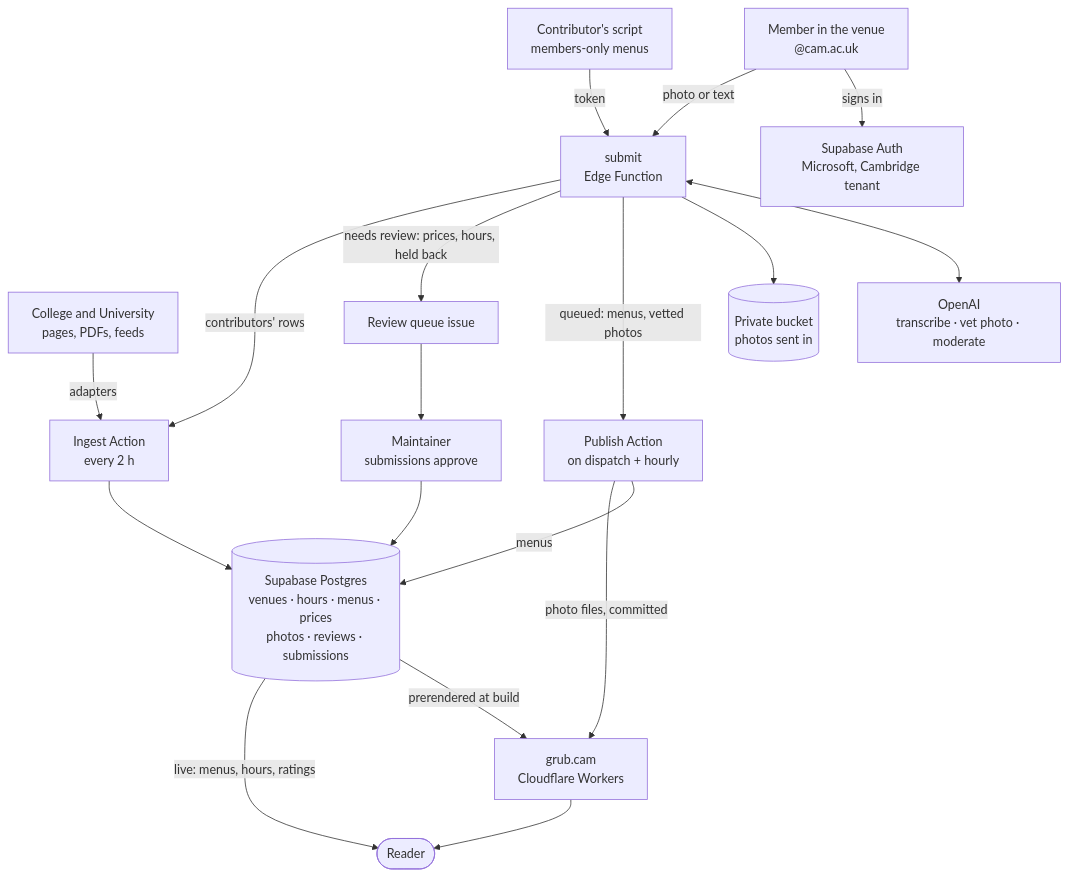
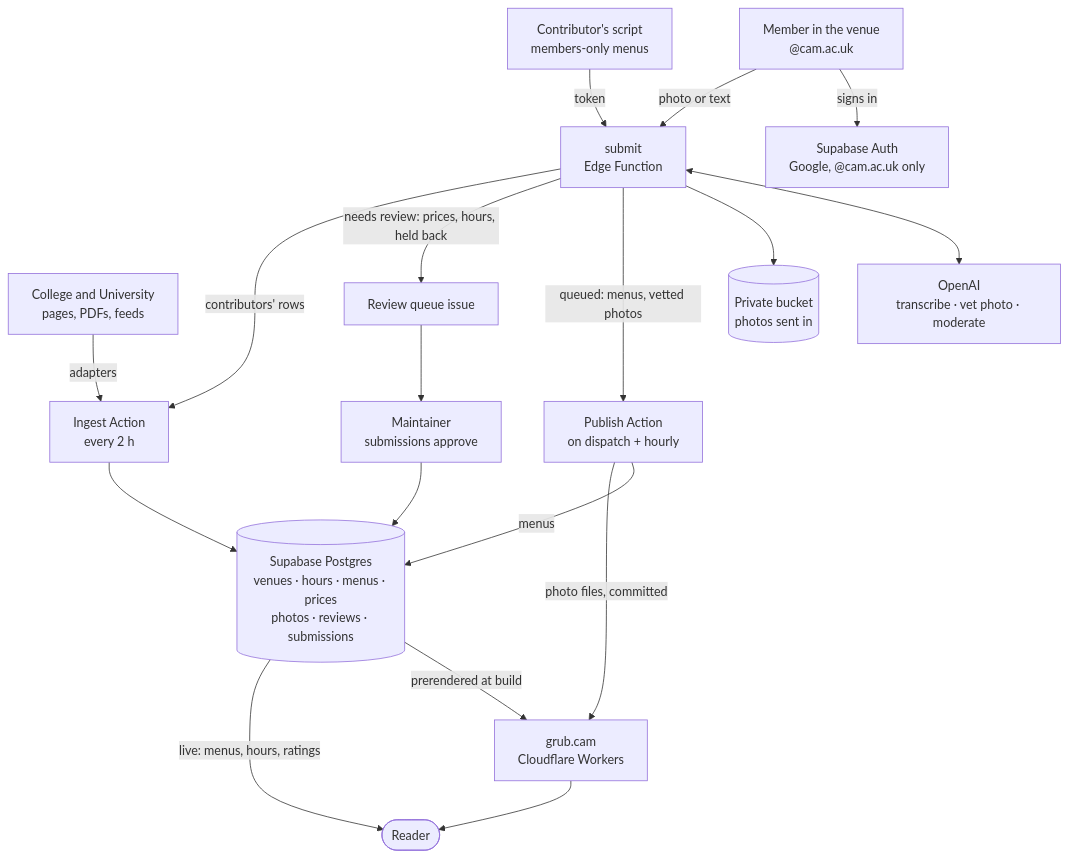
The diagram in README.md (giuulio/grub.cam), drawn with Mermaid before and after one commit. The commit also changed other lines of this file and 13 other files, not shown here.

First line of the commit message:
Members sign in with Google, not Microsoft

````diff
--- a/README.md
+++ b/README.md
@@ -15,38 +15,38 @@
 ```mermaid
 flowchart TB
   web["College and University<br/>pages, PDFs, feeds"]
   member["Member in the venue<br/>@cam.ac.uk"]
   contrib["Contributor's script<br/>members-only menus"]
 
-  auth["Supabase Auth<br/>Microsoft, Cambridge tenant"]
+  auth["Supabase Auth<br/>Google, @cam.ac.uk only"]
   submit["submit<br/>Edge Function"]
   openai["OpenAI<br/>transcribe · vet photo · moderate"]
   bucket[("Private bucket<br/>photos sent in")]
 
   ingest["Ingest Action<br/>every 2 h"]
   publish["Publish Action<br/>on dispatch + hourly"]
   queue["Review queue issue"]
   you["Maintainer<br/>submissions approve"]
 
   db[("Supabase Postgres<br/>venues · hours · menus · prices<br/>photos · reviews · submissions")]
   site["grub.cam<br/>Cloudflare Workers"]
   reader(["Reader"])
 
   member -- signs in --> auth
   member -- "photo or text" --> submit
   contrib -- token --> submit
   submit <--> openai
   submit --> bucket
   web -- adapters --> ingest
   submit -- "queued: menus, vetted photos" --> publish
   submit -- "needs review: prices, hours, held back" --> queue
   submit -- "contributors' rows" --> ingest
   queue --> you
   ingest --> db
   publish -- menus --> db
   you --> db
   publish -- "photo files, committed" --> site
   db -- "prerendered at build" --> site
   db -- "live: menus, hours, ratings" --> reader
   site --> reader
 ```
````
